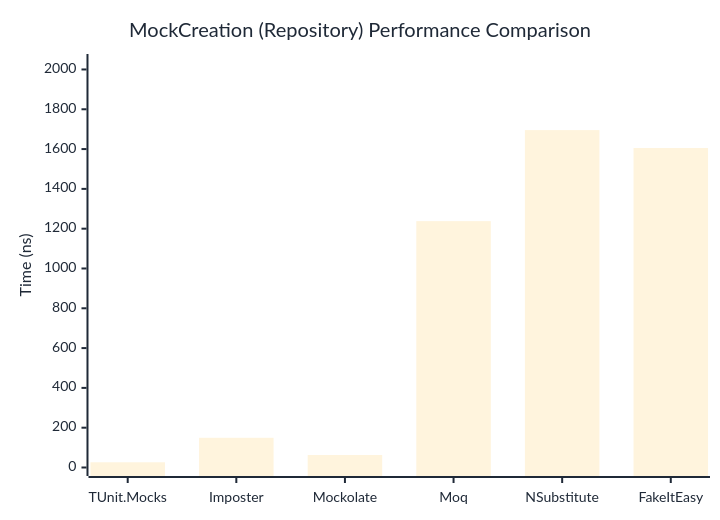
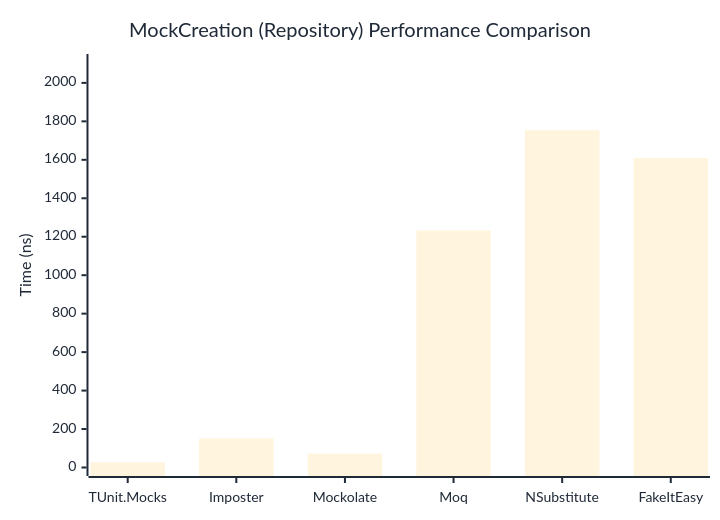
One commit to thomhurst/TUnit changed the second of 2 diagrams in docs/docs/benchmarks/mocks/MockCreation.md. Above: the diagram before and after it, drawn with Mermaid. The commit also changed other lines of this file and 14 other files, not shown here.

````diff
--- a/docs/docs/benchmarks/mocks/MockCreation.md
+++ b/docs/docs/benchmarks/mocks/MockCreation.md
@@ -69,27 +69,27 @@
 ```mermaid
 %%{init: {
   'theme':'base',
   'themeVariables': {
     'primaryColor': '#2563eb',
     'primaryTextColor': '#1f2937',
     'primaryBorderColor': '#1e40af',
     'lineColor': '#6b7280',
     'secondaryColor': '#7c3aed',
     'tertiaryColor': '#dc2626',
     'background': '#ffffff',
     'pie1': '#2563eb',
     'pie2': '#7c3aed',
     'pie3': '#dc2626',
     'pie4': '#f59e0b',
     'pie5': '#10b981',
     'pie6': '#06b6d4',
     'pie7': '#ec4899',
     'pie8': '#6366f1'
   }
 }}%%
 xychart-beta
   title "MockCreation (Repository) Performance Comparison"
   x-axis ["TUnit.Mocks", "Imposter", "Mockolate", "Moq", "NSubstitute", "FakeItEasy"]
-  y-axis "Time (ns)" 0 --> 2035
-  bar [26.28, 149.23, 62.8, 1237.94, 1695.34, 1605.37]
+  y-axis "Time (ns)" 0 --> 2106
+  bar [26.92, 151.22, 72.19, 1232.55, 1754.32, 1609.69]
 ```
````
